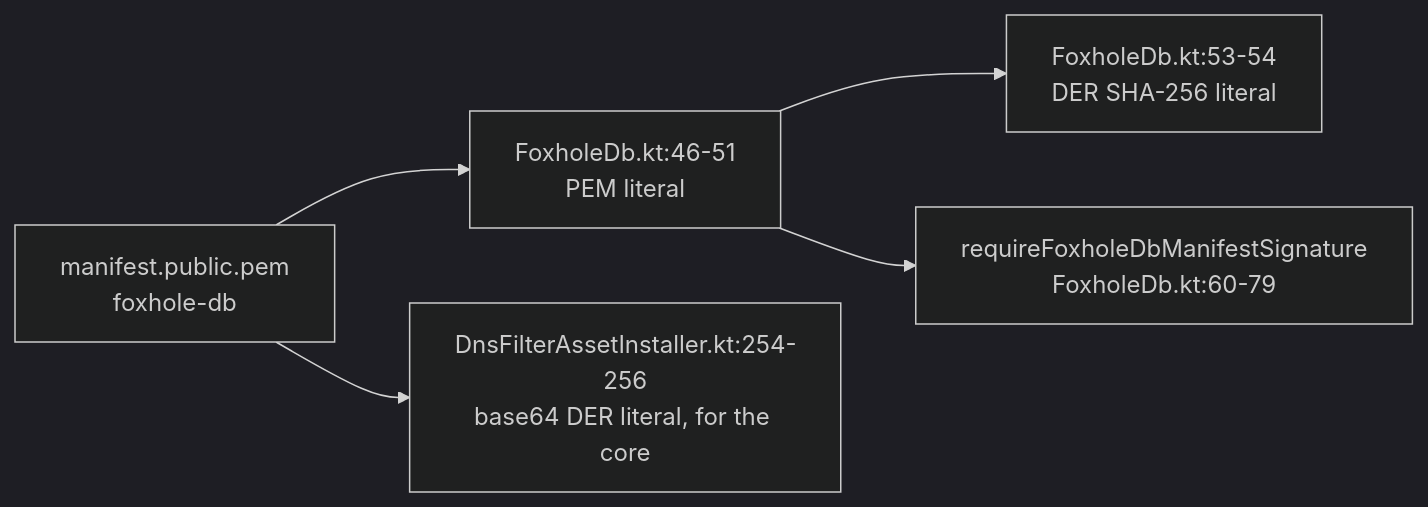
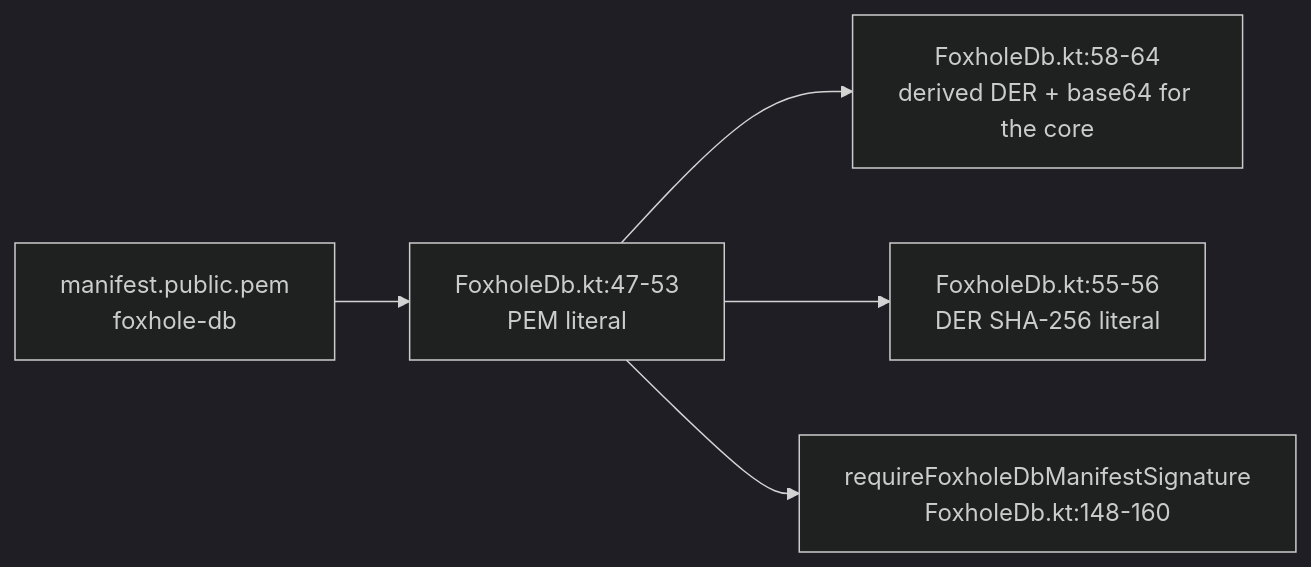
One commit to foxhole-team/foxhole-core changed the second of 6 diagrams in docs/architecture/03-updates-and-data-delivery.md. Above: the diagram before and after it, drawn with Mermaid (dark theme). The commit also changed other lines of this file and 244 other files, not shown here.

````diff
--- a/docs/architecture/03-updates-and-data-delivery.md
+++ b/docs/architecture/03-updates-and-data-delivery.md
@@ -56,7 +56,7 @@
 ```mermaid
 flowchart LR
-    PEM["manifest.public.pem<br/>foxhole-db"] --> LIT["FoxholeDb.kt:46-51<br/>PEM literal"]
-    PEM --> B64["DnsFilterAssetInstaller.kt:254-256<br/>base64 DER literal, for the core"]
-    LIT --> SHA["FoxholeDb.kt:53-54<br/>DER SHA-256 literal"]
-    LIT --> VF["requireFoxholeDbManifestSignature<br/>FoxholeDb.kt:60-79"]
+    PEM["manifest.public.pem<br/>foxhole-db"] --> LIT["FoxholeDb.kt:47-53<br/>PEM literal"]
+    LIT --> B64["FoxholeDb.kt:58-64<br/>derived DER + base64 for the core"]
+    LIT --> SHA["FoxholeDb.kt:55-56<br/>DER SHA-256 literal"]
+    LIT --> VF["requireFoxholeDbManifestSignature<br/>FoxholeDb.kt:148-160"]
 ```
````
